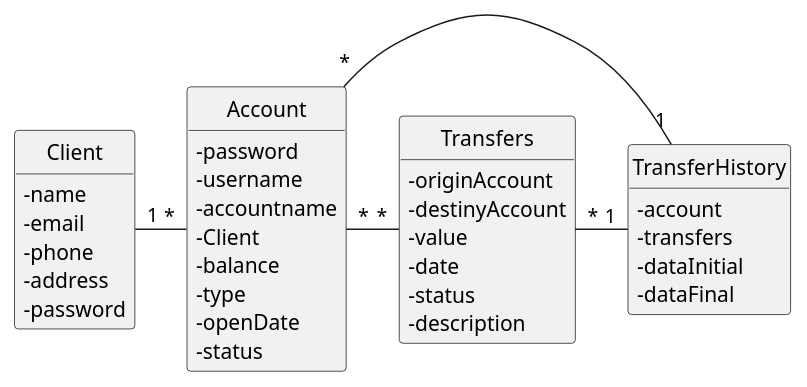
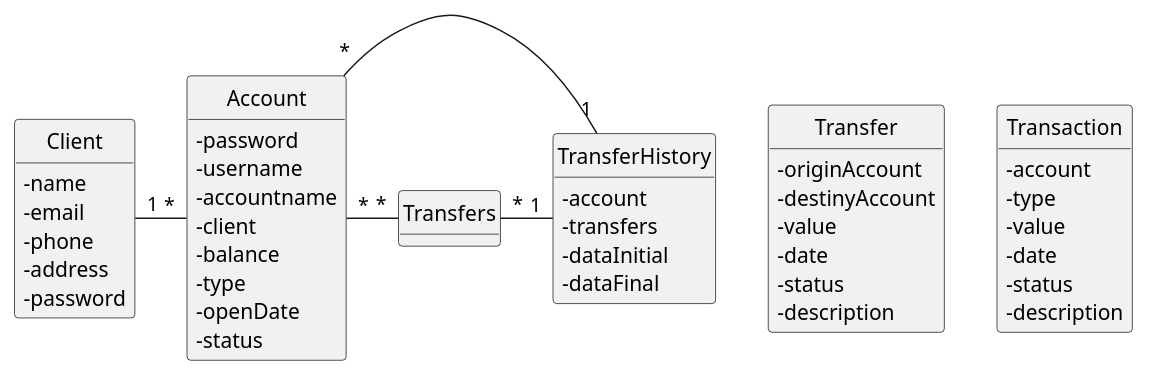
One commit to mpoboas/natwise changed the diagram in Docs/DomainModel.puml. Above: the diagram before and after it, drawn with PlantUML. The commit also changed 3 other files, not shown here.

```diff
--- a/Docs/DomainModel.puml
+++ b/Docs/DomainModel.puml
@@ -1,47 +1,56 @@
 @startuml DomainModel
 'https://plantuml.com/class-diagram
 skinparam classAttributeIconSize 0
 hide circle
 hide methods
 
 class Client {
     - name
     - email 
     - phone
     - address
     - password
 }
 
 class Account {
     - password
     - username
     - accountname
-    - Client
+    - client
     - balance
     - type
     - openDate
     - status
 }
 
-class Transfers {
+class Transfer {
     - originAccount
     - destinyAccount
+    - value
+    - date
+    - status
+    - description
+}
+
+class Transaction {
+    - account
+    - type
     - value
     - date
     - status
     - description
 }
 
 class TransferHistory {
     - account
     - transfers
     - dataInitial
     - dataFinal
 }
 
 Client "1"-"*" Account
 Account "*"-"*" Transfers
 Account "*"-"1" TransferHistory
 Transfers "*"-"1" TransferHistory
 
 @enduml
```
